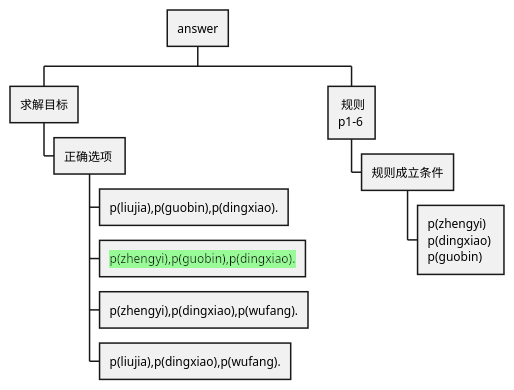
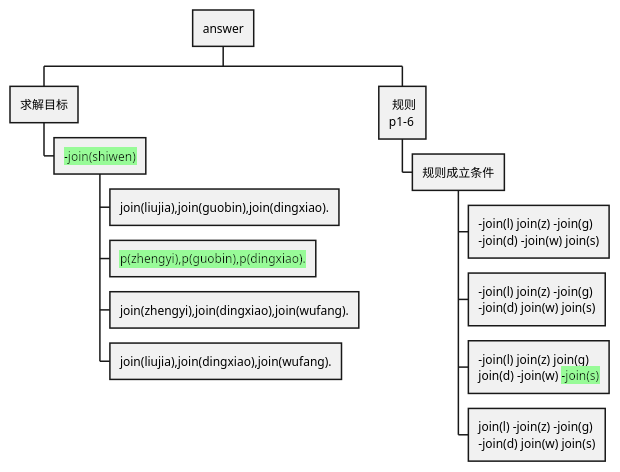
One commit to reaLJR/Logical-thinking-and-programming changed the fifth of 6 diagrams in platform-design/cases/case-analysis/decomposition/decomposition-cases-diagram.puml. Above: the diagram before and after it, drawn with PlantUML. The commit also changed 5 other files, not shown here.

```diff
--- a/platform-design/cases/case-analysis/decomposition/decomposition-cases-diagram.puml
+++ b/platform-design/cases/case-analysis/decomposition/decomposition-cases-diagram.puml
@@ -168,28 +168,33 @@
 @startwbs whoJoin goal and rules
 ' 某医院刘佳、郑毅、郭斌、丁晓、吴芳、施文6位医生拟报名参加“一心向党，健康为民”进社区义诊活动，已知下列情况为真：
 ' （1）要么刘佳参加，要么郑毅参加；
 ' （2）只有吴芳参加，刘佳才参加；x1 * (1-x2)=0
 ' （3）如果郭斌和吴芳都参加，那么施文也会参加；x3 = x1*x2
 ' （4）或者丁晓不参加，或者郭斌参加；
 ' （5）施文、丁晓至少有1人参加。
 '  
 ' 现施文确定无法参加，那么6位医生中最后参加义诊活动的是：
 ' A.刘佳、郭斌、丁晓
 ' B.郑毅、郭斌、丁晓
 ' C.郑毅、丁晓、吴芳
 ' D.刘佳、丁晓、吴芳
 
 + answer
 ++ 求解目标
-+++ 正确选项 
-++++ p(liujia),p(guobin),p(dingxiao).
++++ <back:PaleGreen>-join(shiwen)
+++++ join(liujia),join(guobin),join(dingxiao).
 ++++ <back:PaleGreen>p(zhengyi),p(guobin),p(dingxiao).
-++++ p(zhengyi),p(dingxiao),p(wufang).
-++++ p(liujia),p(dingxiao),p(wufang).
+++++ join(zhengyi),join(dingxiao),join(wufang).
+++++ join(liujia),join(dingxiao),join(wufang).
 ++: 规则
 p1-6;
 +++ 规则成立条件
-++++:p(zhengyi) 
-p(dingxiao) 
-p(guobin);
+++++:-join(l) join(z) -join(g) 
+-join(d) -join(w) join(s);
+++++:-join(l) join(z) -join(g) 
+-join(d) join(w) join(s);
+++++:-join(l) join(z) join(g) 
+join(d) -join(w) <back:PaleGreen>-join(s);
+++++:join(l) -join(z) -join(g) 
+-join(d) join(w) join(s);
 @endwbs
```
